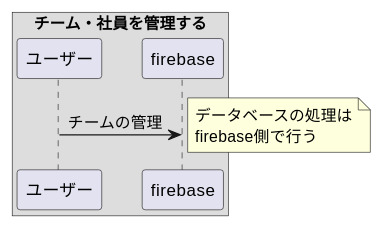
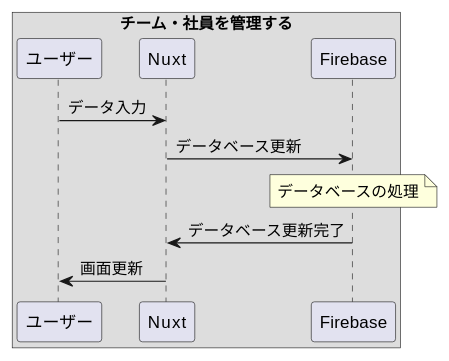
One commit to zakzakst/object-oriented-practice changed the fourth of 7 diagrams in 02_member-list-app/3_実装用の図.md. Above: the diagram before and after it, drawn with PlantUML. The commit also changed other lines of this file, not shown here.

Commit message:
練習2：社員名簿アプリ（実装用の図追加）

````diff
--- a/02_member-list-app/3_実装用の図.md
+++ b/02_member-list-app/3_実装用の図.md
@@ -77,8 +78,11 @@
 ```puml
 @startuml
 box チーム・社員を管理する
-ユーザー -> firebase: チームの管理
-note right : データベースの処理は\nfirebase側で行う
+ユーザー -> Nuxt : データ入力
+Nuxt -> Firebase : データベース更新
+note over Firebase : データベースの処理
+Firebase -> Nuxt : データベース更新完了
+Nuxt -> ユーザー : 画面更新
 end box
 @enduml
 ```
````
